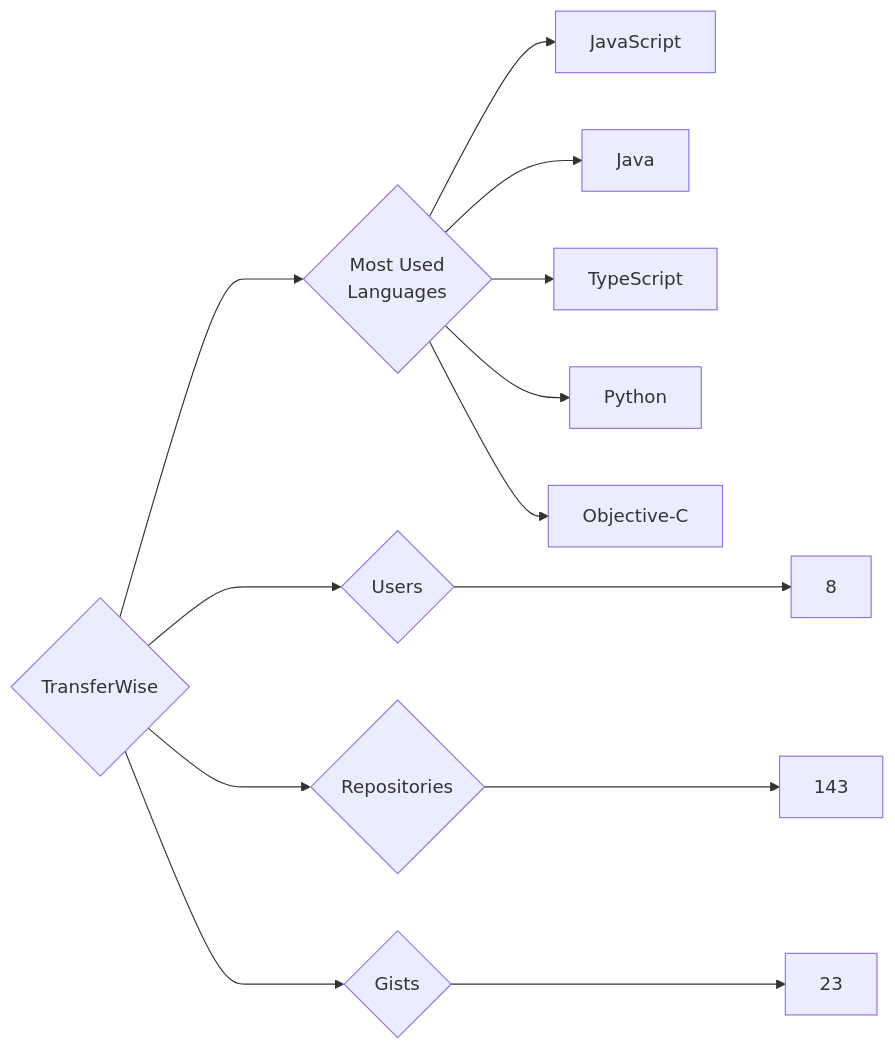
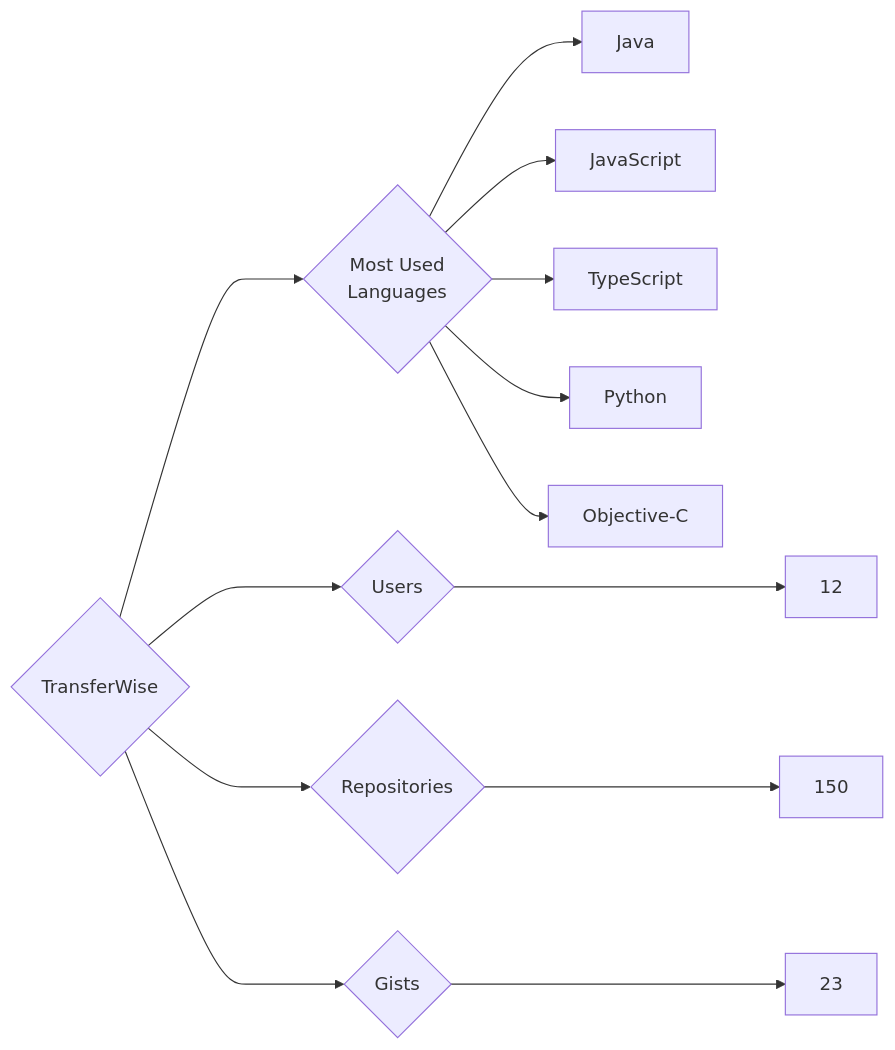
Before and after one commit to trickest/insiders: the diagram in targets/TransferWise/README.md, drawn with Mermaid. The commit also changed 829 other files, not shown here.

````diff
--- a/targets/TransferWise/README.md
+++ b/targets/TransferWise/README.md
@@ -3,13 +3,13 @@
 ```mermaid
 graph LR
 COMPANY_NAME{TransferWise}
-COMPANY_NAME ---> U{Users} ---> UN[8]
-COMPANY_NAME ---> R{Repositories} ---> RN[143]
+COMPANY_NAME ---> U{Users} ---> UN[12]
+COMPANY_NAME ---> R{Repositories} ---> RN[150]
 COMPANY_NAME ---> G{Gists} ---> GN[23]
 COMPANY_NAME ---> ML{Most Used<br>Languages}
+ML --> Java[Java]
 ML --> JavaScript[JavaScript]
-ML --> Java[Java]
 ML --> TypeScript[TypeScript]
 ML --> Python[Python]
 ML --> Objective-C[Objective-C]
 ```
````
